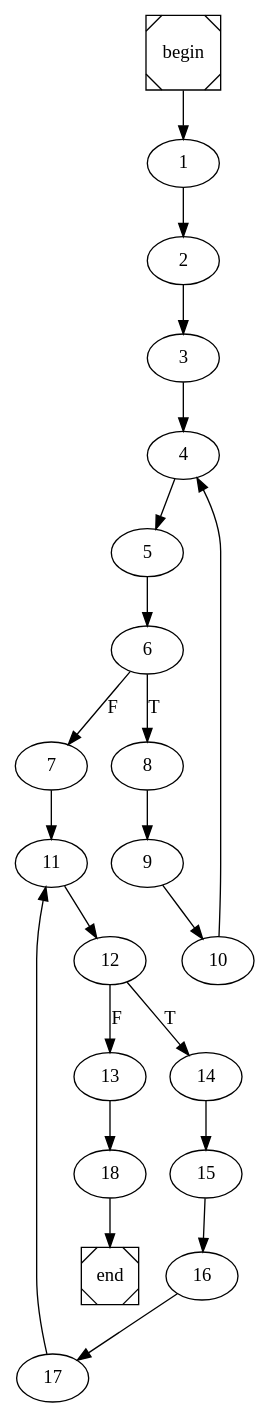
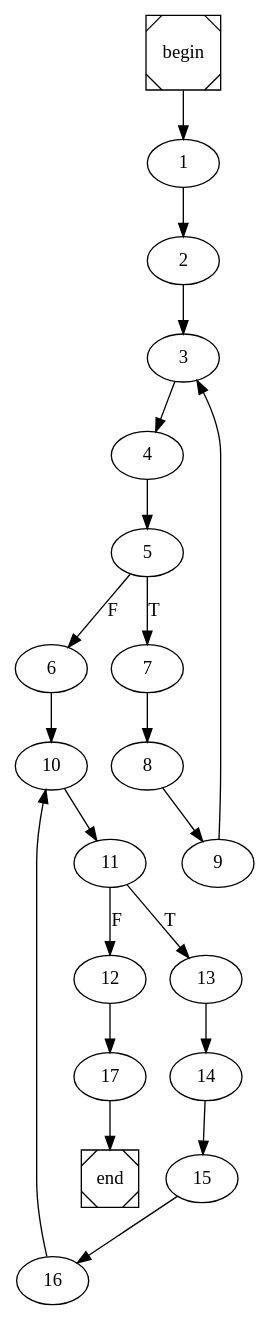
The diagram in beLazy.dot (pedrojfs17/FEUP-COMP), drawn with Graphviz before and after one commit. The commit also changed 35 other files, not shown here.

```diff
--- a/beLazy.dot
+++ b/beLazy.dot
@@ -1,4 +1,4 @@
 digraph cfg {
 	begin [shape=Msquare];
 	end [shape=Msquare];
-	begin -> 1;	1 -> 2;	2 -> 3;	3 -> 4;	4 -> 5;	5 -> 6;	6 -> 8[label=T];	6 -> 7[label=F];	7 -> 11;	8 -> 9;	9 -> 10;	10 -> 4;	11 -> 12;	12 -> 14[label=T];	12 -> 13[label=F];	13 -> 18;	14 -> 15;	15 -> 16;	16 -> 17;	17 -> 11;	18 -> end;}
+	begin -> 1;	1 -> 2;	2 -> 3;	3 -> 4;	4 -> 5;	5 -> 7[label=T];	5 -> 6[label=F];	6 -> 10;	7 -> 8;	8 -> 9;	9 -> 3;	10 -> 11;	11 -> 13[label=T];	11 -> 12[label=F];	12 -> 17;	13 -> 14;	14 -> 15;	15 -> 16;	16 -> 10;	17 -> end;}
```
